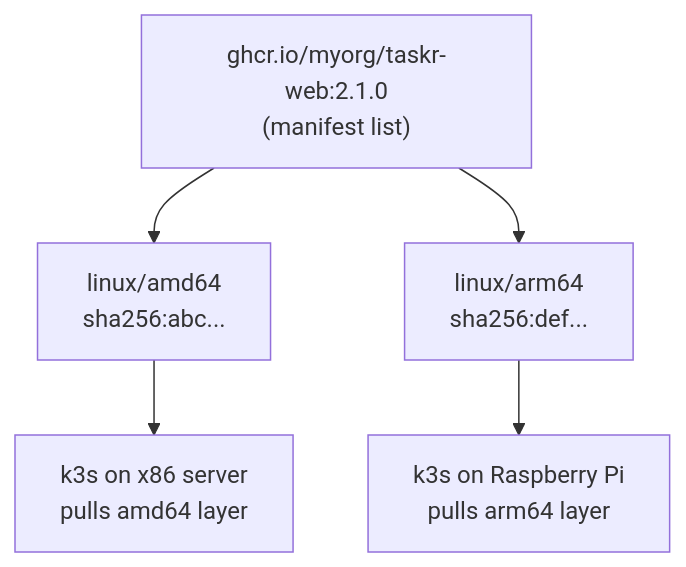
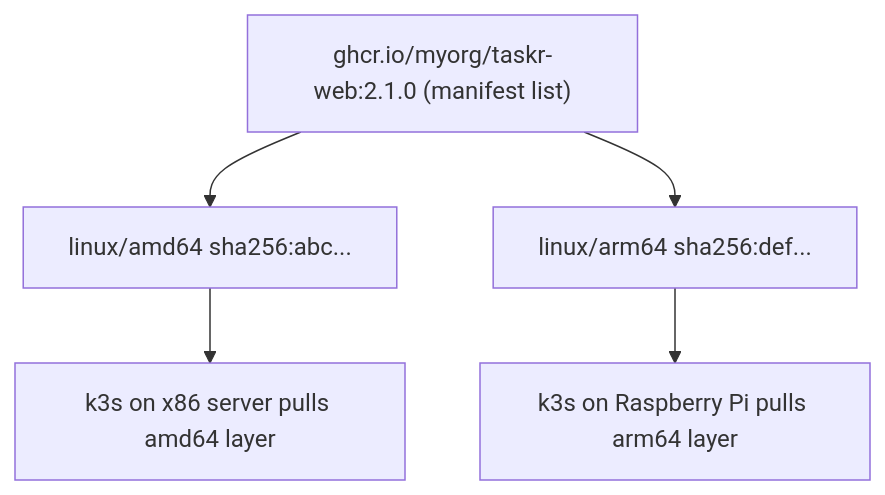
The third of 7 diagrams in 16_podman_to_k3s/03_images_and_registries.md (UncleJS/course_k3s), drawn with Mermaid before and after one commit. The commit also changed other lines of this file and 57 other files, not shown here.

````diff
--- a/16_podman_to_k3s/03_images_and_registries.md
+++ b/16_podman_to_k3s/03_images_and_registries.md
@@ -174,8 +174,8 @@
 ```mermaid
 graph TD
-    M["ghcr.io/myorg/taskr-web:2.1.0\n(manifest list)"]
-    M --> A["linux/amd64\nsha256:abc..."]
-    M --> B["linux/arm64\nsha256:def..."]
-    A --> NA[k3s on x86 server\npulls amd64 layer]
-    B --> NB[k3s on Raspberry Pi\npulls arm64 layer]
+    M["ghcr.io/myorg/taskr-web:2.1.0 (manifest list)"]
+    M --> A["linux/amd64 sha256:abc..."]
+    M --> B["linux/arm64 sha256:def..."]
+    A --> NA[k3s on x86 server pulls amd64 layer]
+    B --> NB[k3s on Raspberry Pi pulls arm64 layer]
 ```
````
